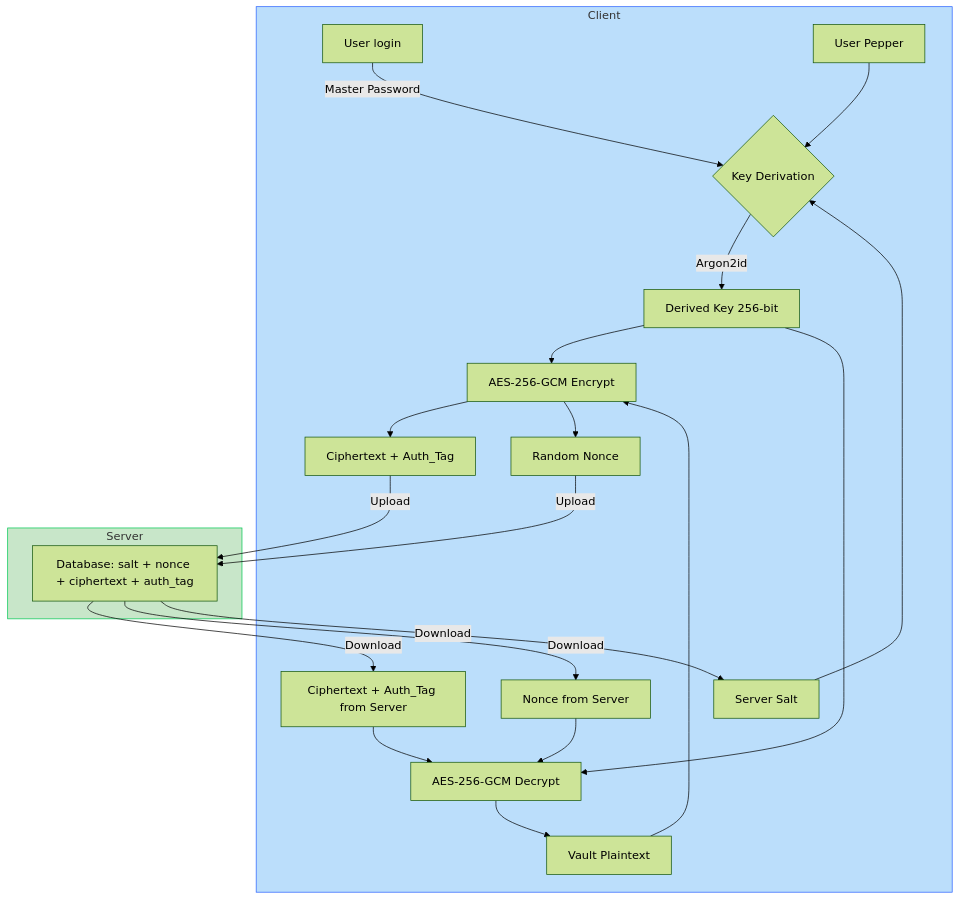
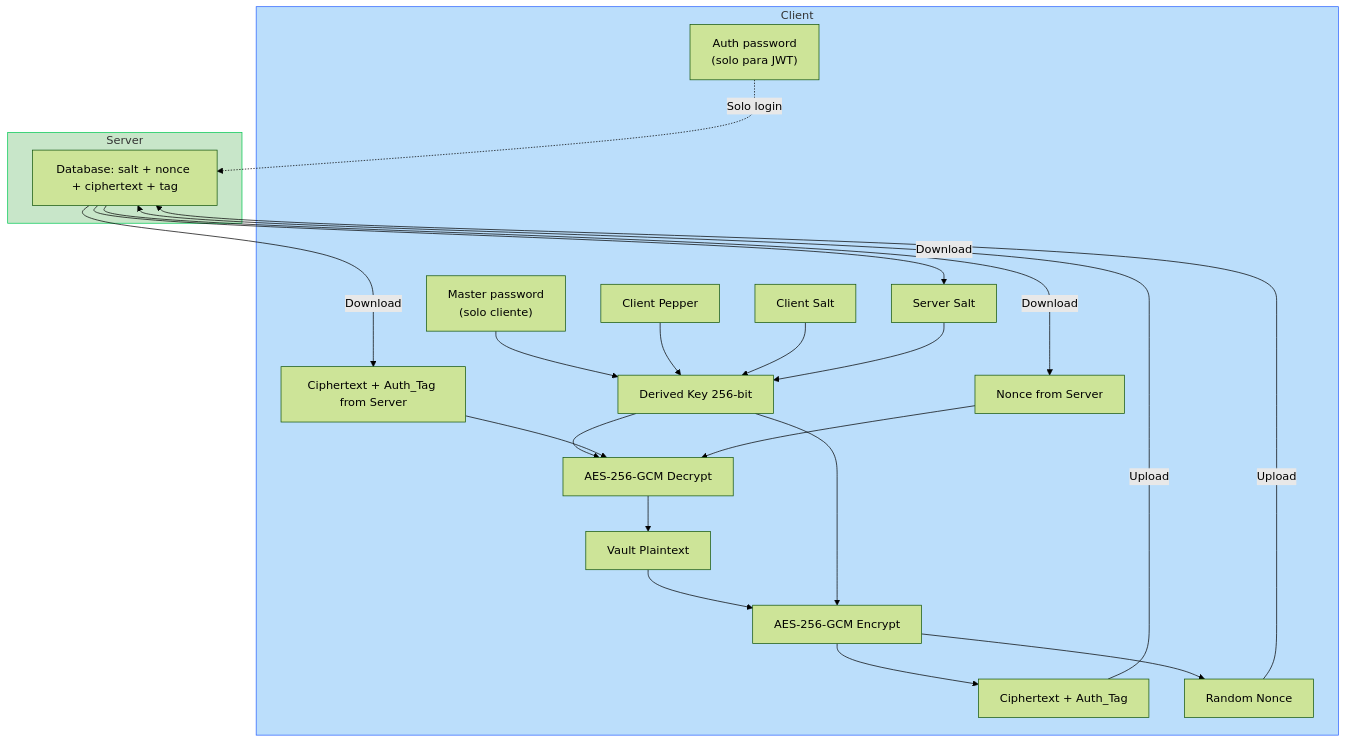
The seventh of 9 diagrams in INFORME_TECNICO.md (DavidHerencia/password_manager_crypto), drawn with Mermaid (forest theme) before and after one commit.

Commit message:
feat: update informe

````diff
--- a/INFORME_TECNICO.md
+++ b/INFORME_TECNICO.md
@@ -380,37 +380,39 @@
 ```mermaid
 flowchart TB
  subgraph subGraph0["Client"]
-        C{"Key Derivation"}
-        U["User login"]
-        S["Server Salt"]
-        P["User Pepper"]
-        K["Derived Key 256-bit"]
-        ENC["AES-256-GCM Encrypt"]
-        V_PT["Vault Plaintext"]
-        V_CT["Ciphertext + Auth_Tag"]
-        N["Random Nonce"]
-        DEC["AES-256-GCM Decrypt"]
-        V_CT_IN["Ciphertext + Auth_Tag from Server"]
-        N_IN["Nonce from Server"]
+      Auth["Auth password<br/>(solo para JWT)"]
+      MP["Master password<br/>(solo cliente)"]
+      S["Server Salt"]
+      P["Client Pepper"]
+      CS["Client Salt"]
+      K["Derived Key 256-bit"]
+      ENC["AES-256-GCM Encrypt"]
+      V_PT["Vault Plaintext"]
+      V_CT["Ciphertext + Auth_Tag"]
+      N["Random Nonce"]
+      DEC["AES-256-GCM Decrypt"]
+      V_CT_IN["Ciphertext + Auth_Tag from Server"]
+      N_IN["Nonce from Server"]
   end
  subgraph subGraph1["Server"]
-        DB["Database: salt + nonce + ciphertext + auth_tag"]
+      DB["Database: salt + nonce + ciphertext + tag"]
   end
-    U -- Master Password --> C
-    P --> C
-    S --> C
-    C -- Argon2id --> K
+    Auth -. Solo login .-> DB
+    MP --> K
+    P --> K
+    CS --> K
+    S --> K
     V_PT --> ENC
     K --> ENC & DEC
     ENC --> V_CT & N
     V_CT_IN --> DEC
     N_IN --> DEC
     DEC --> V_PT
     V_CT -- Upload --> DB
     N -- Upload --> DB
     DB -- Download --> V_CT_IN & N_IN & S
 
 
     style subGraph1 fill:#C8E6C9,stroke:#00C853
     style subGraph0 fill:#BBDEFB,stroke:#2962FF
 ```
````
